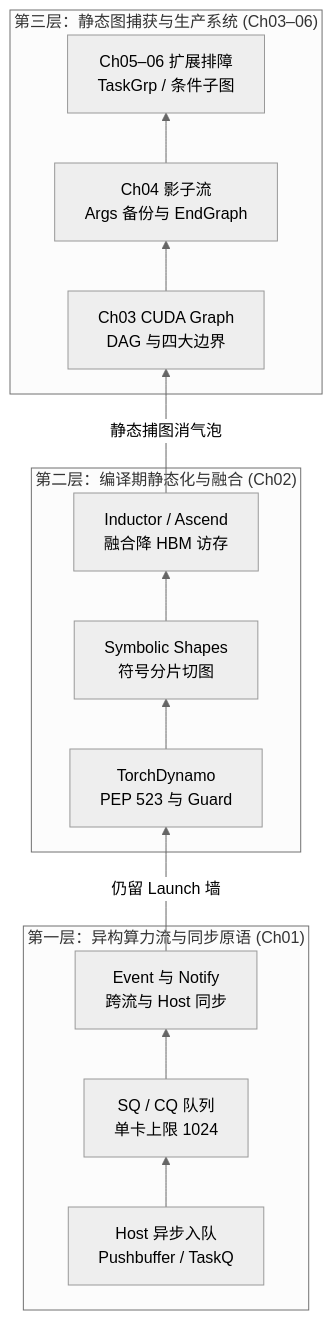
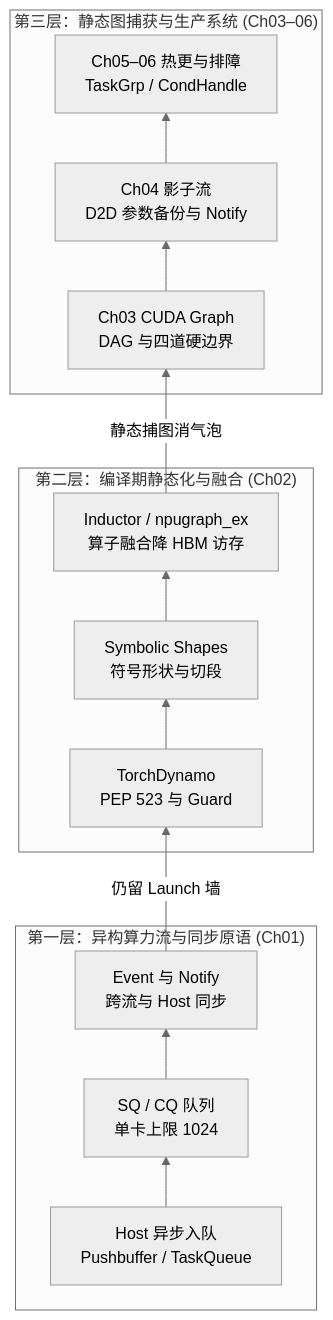
Before and after one commit to xingcanlee/infra-note: the diagram in src/content/posts/aclgraph/index.mdx, drawn with Mermaid (neutral theme). The commit also changed other lines of this file and 57 other files, not shown here.

Commit message:
feat(mhc,aclgraph): rewrite 08-mhc and aclgraph series with modular explainers, diagrams, and paper/blog references

````diff
--- a/src/content/posts/aclgraph/index.mdx
+++ b/src/content/posts/aclgraph/index.mdx
@@ -18,17 +18,17 @@
 ```mermaid caption="图 1：从异构算力流、编译静态化到静态执行图的三层演进路线"
 flowchart BT
     subgraph L1["第一层：异构算力流与同步原语 (Ch01)"]
-        B1["Host 异步入队<br/>Pushbuffer / TaskQ"] --> B2["SQ / CQ 队列<br/>单卡上限 1024"]
+        B1["Host 异步入队<br/>Pushbuffer / TaskQueue"] --> B2["SQ / CQ 队列<br/>单卡上限 1024"]
         B2 --> B3["Event 与 Notify<br/>跨流与 Host 同步"]
     end
     subgraph L2["第二层：编译期静态化与融合 (Ch02)"]
-        D1["TorchDynamo<br/>PEP 523 与 Guard"] --> D2["Symbolic Shapes<br/>符号分片切图"]
-        D2 --> D3["Inductor / Ascend<br/>融合降 HBM 访存"]
+        D1["TorchDynamo<br/>PEP 523 与 Guard"] --> D2["Symbolic Shapes<br/>符号形状与切段"]
+        D2 --> D3["Inductor / npugraph_ex<br/>算子融合降 HBM 访存"]
     end
     subgraph L3["第三层：静态图捕获与生产系统 (Ch03–06)"]
-        C3["Ch03 CUDA Graph<br/>DAG 与四大边界"] --> C4["Ch04 影子流<br/>Args 备份与 EndGraph"]
-        C4 --> C5["Ch05–06 扩展排障<br/>TaskGrp / 条件子图"]
+        C3["Ch03 CUDA Graph<br/>DAG 与四道硬边界"] --> C4["Ch04 影子流<br/>D2D 参数备份与 Notify"]
+        C4 --> C5["Ch05–06 热更与排障<br/>TaskGrp / CondHandle"]
     end
     B3 -->|"仍留 Launch 墙"| D1
     D3 -->|"静态捕图消气泡"| C3
 ```
````
